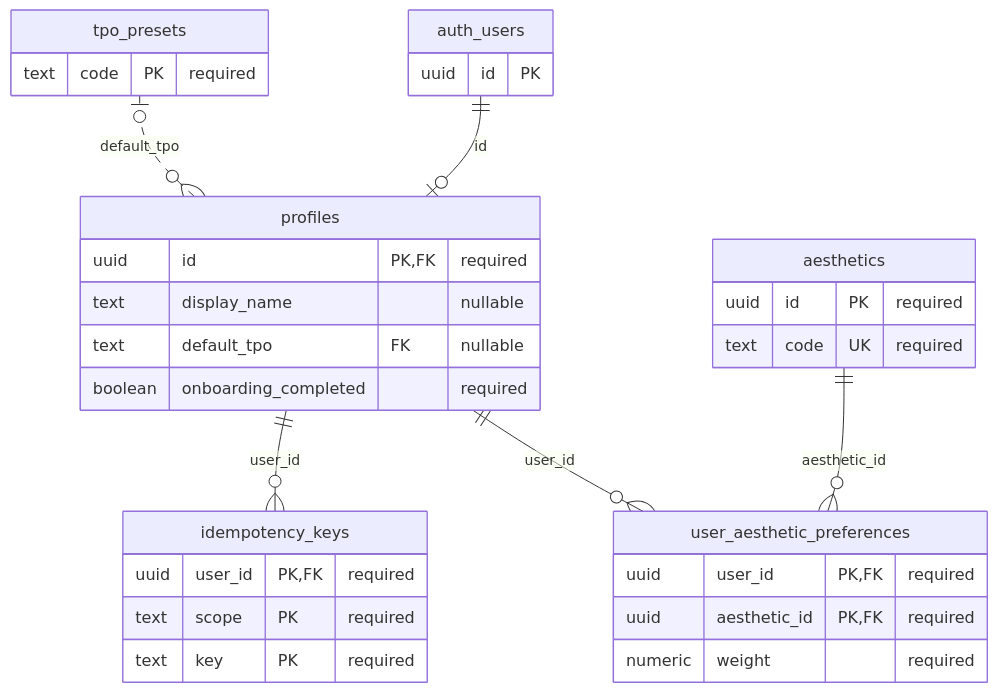
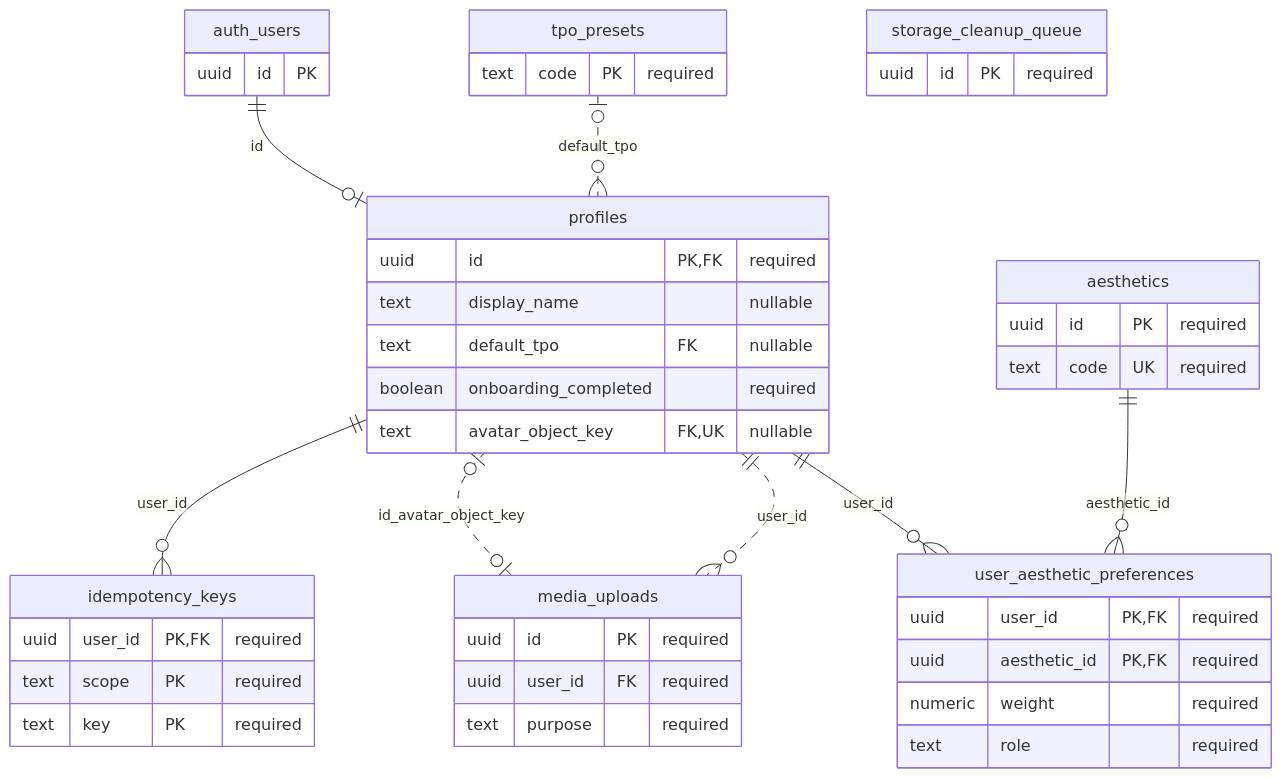
One commit to MAPICO-Project/MAPICO changed the second of 5 diagrams in deliverables/visuals/ERD.md. Above: the diagram before and after it, drawn with Mermaid. The commit also changed other lines of this file and 73 other files, not shown here.

````diff
--- a/deliverables/visuals/ERD.md
+++ b/deliverables/visuals/ERD.md
@@ -36,35 +36,47 @@
 ```mermaid
 erDiagram
   direction TB
   profiles ||--o{ idempotency_keys : "user_id"
+  profiles ||..o{ media_uploads : "user_id"
+  media_uploads o|..o| profiles : "id_avatar_object_key"
   tpo_presets o|..o{ profiles : "default_tpo"
   auth_users ||--o| profiles : "id"
   aesthetics ||--o{ user_aesthetic_preferences : "aesthetic_id"
   profiles ||--o{ user_aesthetic_preferences : "user_id"
   auth_users {
     uuid id PK
   }
   profiles {
     uuid id PK,FK "required"
     text display_name "nullable"
     text default_tpo FK "nullable"
     boolean onboarding_completed "required"
+    text avatar_object_key FK,UK "nullable"
   }
   aesthetics {
     uuid id PK "required"
     text code UK "required"
   }
   user_aesthetic_preferences {
     uuid user_id PK,FK "required"
     uuid aesthetic_id PK,FK "required"
     numeric weight "required"
+    text role "required"
   }
   tpo_presets {
     text code PK "required"
   }
   idempotency_keys {
     uuid user_id PK,FK "required"
     text scope PK "required"
     text key PK "required"
   }
+  media_uploads {
+    uuid id PK "required"
+    uuid user_id FK "required"
+    text purpose "required"
+  }
+  storage_cleanup_queue {
+    uuid id PK "required"
+  }
 ```
````
